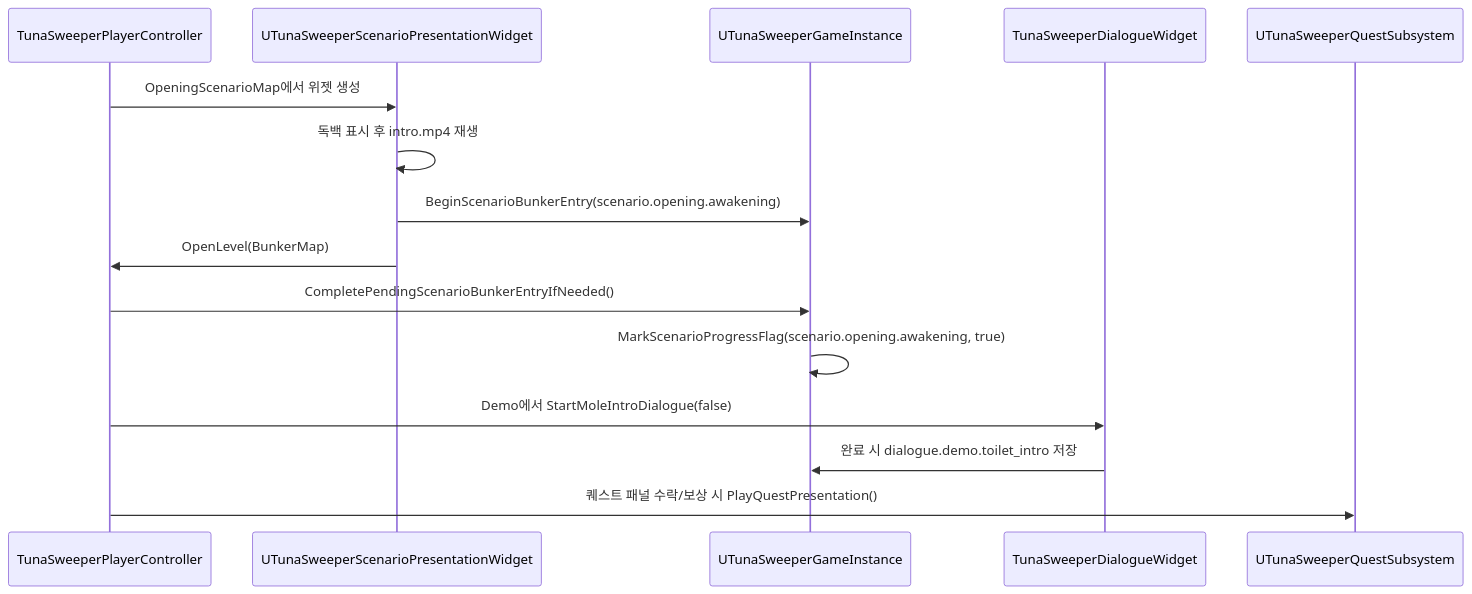
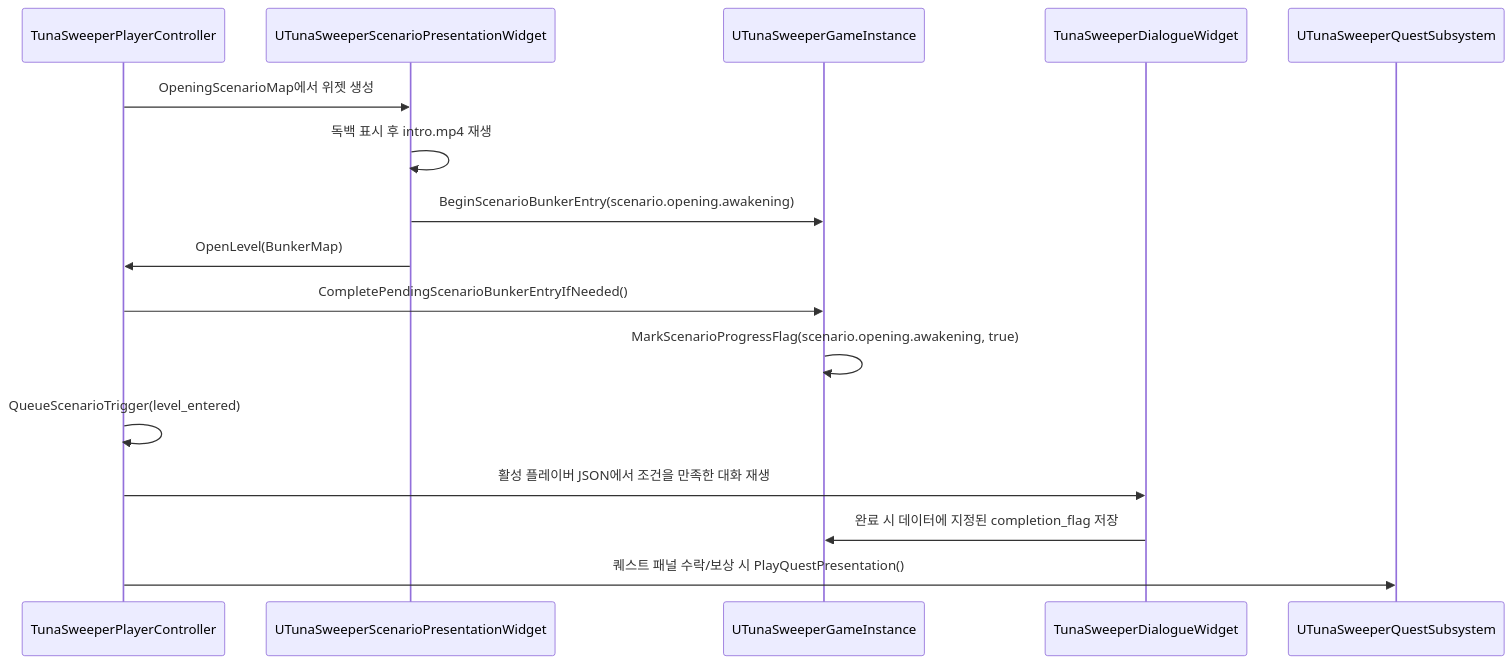
One commit to octopus7/extraction_shooter changed the second of 2 diagrams in Docs/quest_dialogue_scenario_flow.md. Above: the diagram before and after it, drawn with Mermaid. The commit also changed other lines of this file and 20 other files, not shown here.

````diff
--- a/Docs/quest_dialogue_scenario_flow.md
+++ b/Docs/quest_dialogue_scenario_flow.md
@@ -183,18 +183,19 @@
 ```mermaid
 sequenceDiagram
     participant PC as TunaSweeperPlayerController
     participant Scenario as UTunaSweeperScenarioPresentationWidget
     participant GI as UTunaSweeperGameInstance
     participant Dialogue as TunaSweeperDialogueWidget
     participant QS as UTunaSweeperQuestSubsystem
 
     PC->>Scenario: OpeningScenarioMap에서 위젯 생성
     Scenario->>Scenario: 독백 표시 후 intro.mp4 재생
     Scenario->>GI: BeginScenarioBunkerEntry(scenario.opening.awakening)
     Scenario->>PC: OpenLevel(BunkerMap)
     PC->>GI: CompletePendingScenarioBunkerEntryIfNeeded()
     GI->>GI: MarkScenarioProgressFlag(scenario.opening.awakening, true)
-    PC->>Dialogue: Demo에서 StartMoleIntroDialogue(false)
-    Dialogue->>GI: 완료 시 dialogue.demo.toilet_intro 저장
+    PC->>PC: QueueScenarioTrigger(level_entered)
+    PC->>Dialogue: 활성 플레이버 JSON에서 조건을 만족한 대화 재생
+    Dialogue->>GI: 완료 시 데이터에 지정된 completion_flag 저장
     PC->>QS: 퀘스트 패널 수락/보상 시 PlayQuestPresentation()
 ```
````
